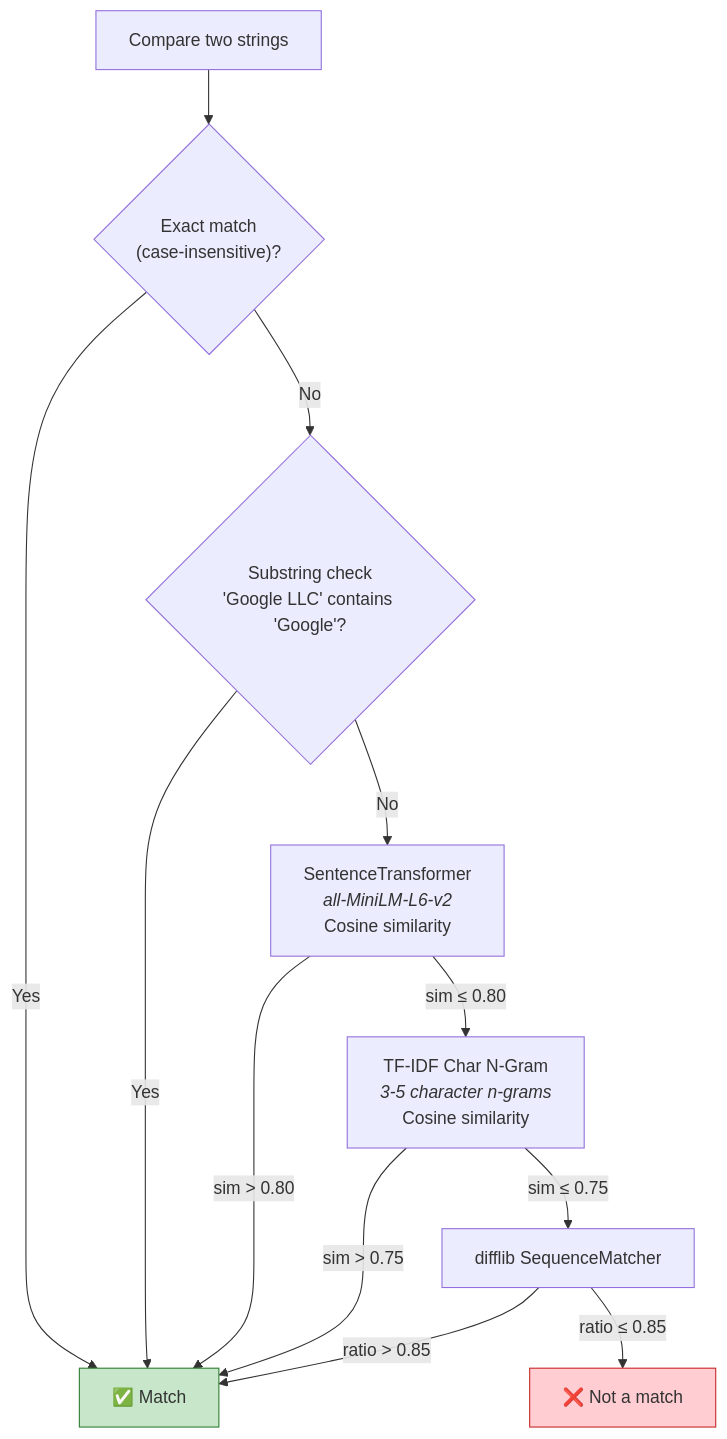
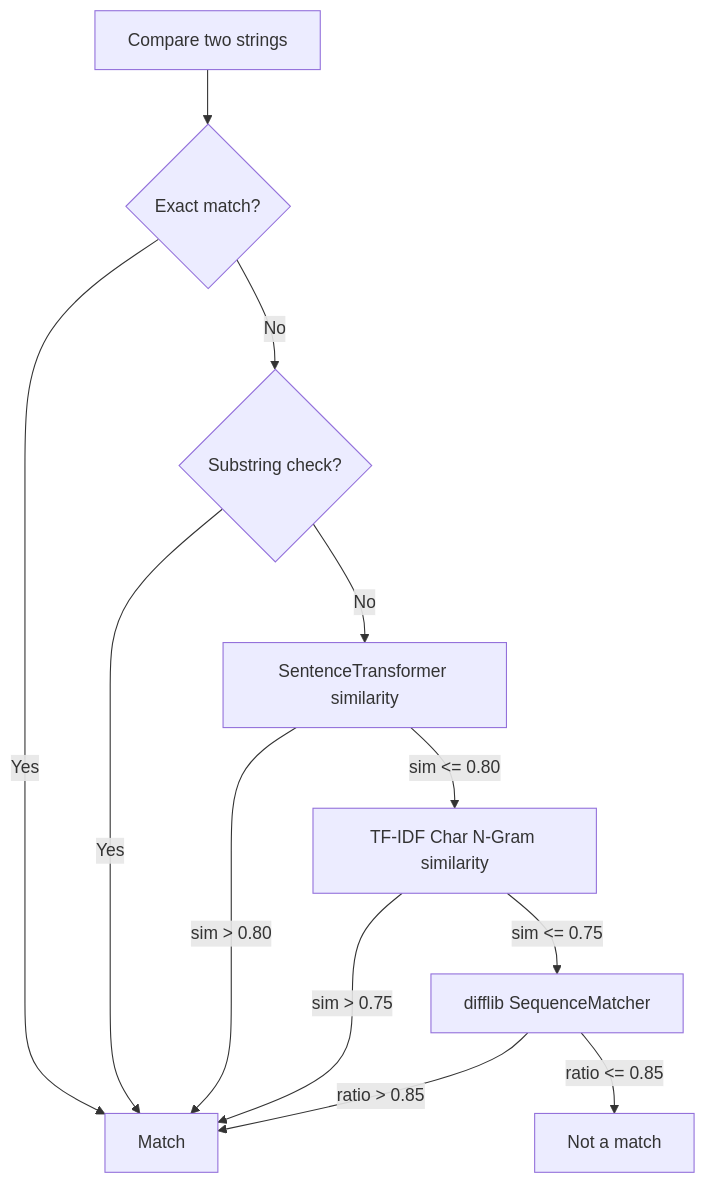
The fifth of 6 diagrams in README.md (sushantkumar143/Multi-source-Candidate-Profile-Transformer), drawn with Mermaid before and after one commit. The commit also changed other lines of this file, not shown here.

Commit message:
fix: remove CDATA wrapper and HTML in Mermaid labels breaking GitHub rendering

````diff
--- a/README.md
+++ b/README.md
@@ -517,17 +525,14 @@
 ```mermaid
 flowchart TD
-    A["Compare two strings"] --> B{"Exact match<br/>(case-insensitive)?"}
-    B -->|Yes| MATCH["✅ Match"]
-    B -->|No| C{"Substring check<br/>'Google LLC' contains 'Google'?"}
+    A["Compare two strings"] --> B{"Exact match?"}
+    B -->|Yes| MATCH["Match"]
+    B -->|No| C{"Substring check?"}
     C -->|Yes| MATCH
-    C -->|No| D["SentenceTransformer<br/><i>all-MiniLM-L6-v2</i><br/>Cosine similarity"]
+    C -->|No| D["SentenceTransformer similarity"]
     D -->|"sim > 0.80"| MATCH
-    D -->|"sim ≤ 0.80"| E["TF-IDF Char N-Gram<br/><i>3-5 character n-grams</i><br/>Cosine similarity"]
+    D -->|"sim <= 0.80"| E["TF-IDF Char N-Gram similarity"]
     E -->|"sim > 0.75"| MATCH
-    E -->|"sim ≤ 0.75"| F["difflib SequenceMatcher"]
+    E -->|"sim <= 0.75"| F["difflib SequenceMatcher"]
     F -->|"ratio > 0.85"| MATCH
-    F -->|"ratio ≤ 0.85"| NOMATCH["❌ Not a match"]
-
-    style MATCH fill:#C8E6C9,stroke:#2E7D32
-    style NOMATCH fill:#FFCDD2,stroke:#C62828
+    F -->|"ratio <= 0.85"| NOMATCH["Not a match"]
 ```
````
